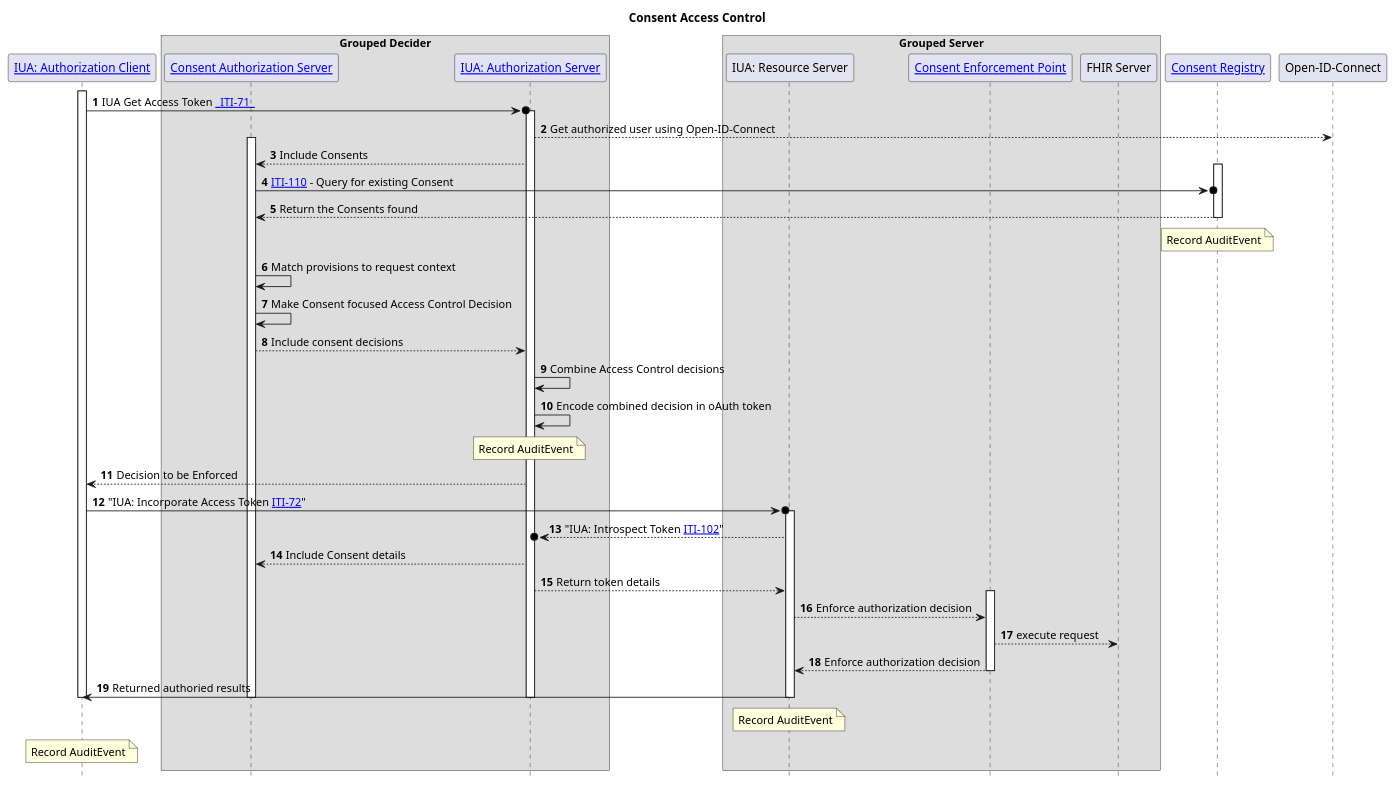
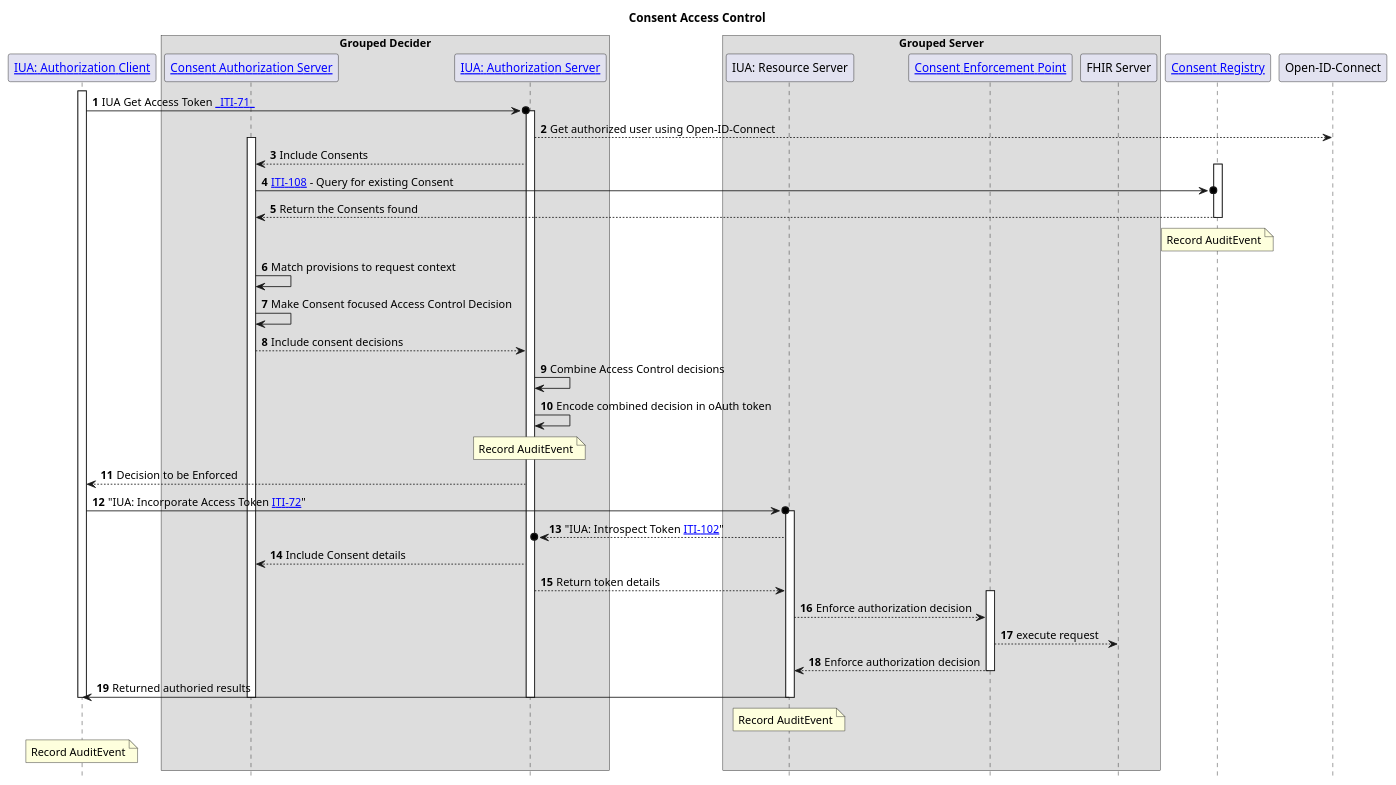
One commit to IHE/ITI.PCF changed the diagram in input/images-source/usecase3-processflow.plantuml. Above: the diagram before and after it, drawn with PlantUML. The commit also changed 11 other files, not shown here.

```diff
--- a/input/images-source/usecase3-processflow.plantuml
+++ b/input/images-source/usecase3-processflow.plantuml
@@ -1,61 +1,61 @@
 @startuml
 skinparam svgDimensionStyle false
 hide footbox
 autonumber
 title "Consent Access Control"
 participant "[[https://profiles.ihe.net/ITI/IUA/index.html#34111-authorization-client IUA: Authorization Client]]" as client
 box "Grouped Decider"
 participant "[[#consentAuthorizationServer Consent Authorization Server]]" as cdecider
 participant "[[https://profiles.ihe.net/ITI/IUA/index.html#34112-authorization-server IUA: Authorization Server]]" as decider
 end box
 box "Grouped Server"
 participant "IUA: Resource Server" as server
 participant "[[#consentEnforcementPoint Consent Enforcement Point]]" as enforcer
 participant "FHIR Server" as fhir
 end box
 participant "[[#consentRegistry Consent Registry]]" as registry
 participant "Open-ID-Connect" as oidc
 
 activate client
 client ->o decider : IUA Get Access Token [[other.html#updates-to-iti-71 _ITI-71_]]
 activate decider
 decider --> oidc : Get authorized user using Open-ID-Connect
 
 activate cdecider
 decider --> cdecider : Include Consents 
 activate registry
-cdecider ->o registry : [[ITI-110.html ITI-110]] - Query for existing Consent
+cdecider ->o registry : [[ITI-108.html ITI-108]] - Query for existing Consent
 registry --> cdecider : Return the Consents found
 note over registry : Record AuditEvent
 deactivate registry
 
 cdecider -> cdecider : Match provisions to request context
 cdecider -> cdecider : Make Consent focused Access Control Decision
 decider <-- cdecider : Include consent decisions
 decider -> decider : Combine Access Control decisions
 decider -> decider : Encode combined decision in oAuth token
 note over decider : Record AuditEvent
 
 decider --> client:  Decision to be Enforced
 client ->o server : "IUA: Incorporate Access Token [[https://profiles.ihe.net/ITI/IUA/index.html#372-incorporate-access-token-iti-72 ITI-72]]"
 activate server
 server -->o decider : "IUA: Introspect Token [[https://profiles.ihe.net/ITI/IUA/index.html#3102-introspect-token-iti-102 ITI-102]]"
 decider --> cdecider: Include Consent details 
 server <-- decider: Return token details
 activate enforcer
 server --> enforcer: Enforce authorization decision
 
 enforcer --> fhir : execute request
 server <-- enforcer: Enforce authorization decision
 deactivate enforcer
 client <- server : Returned authoried results
 deactivate server
 deactivate cdecider
 deactivate decider 
 
 note over server : Record AuditEvent
 deactivate server
 
 note over client : Record AuditEvent
 deactivate client 
 @enduml
```
